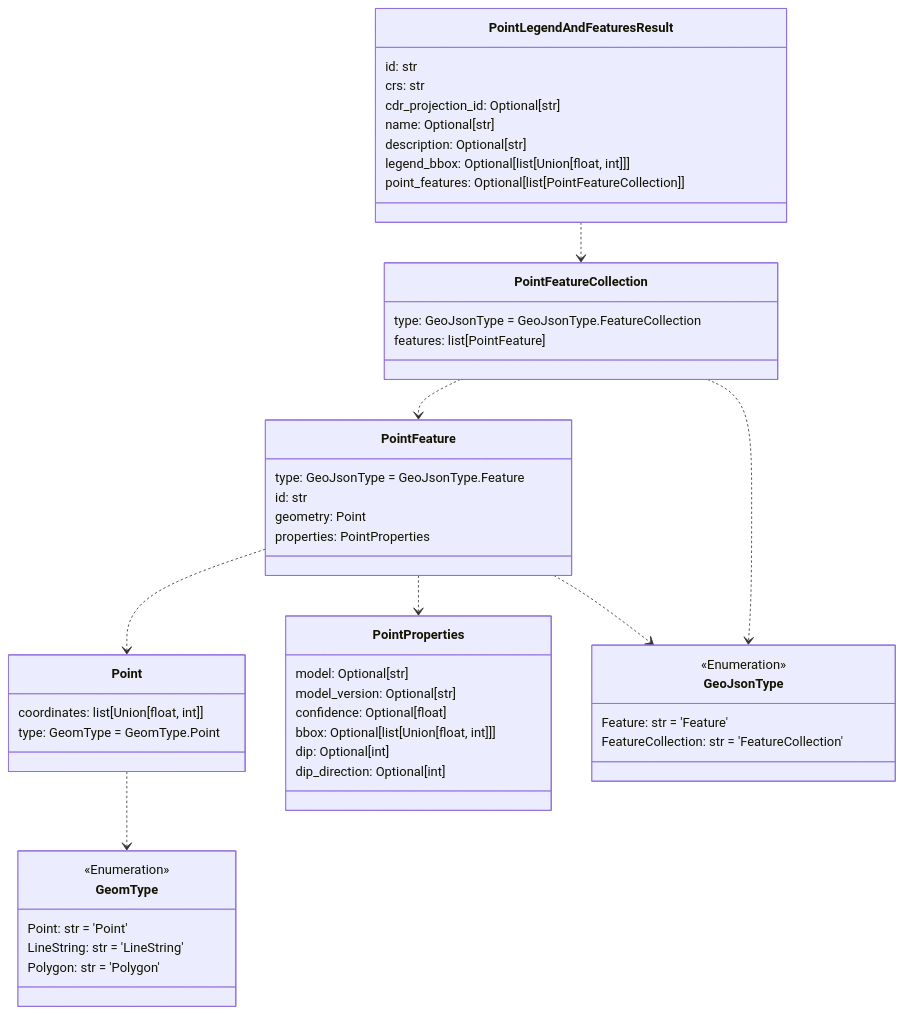
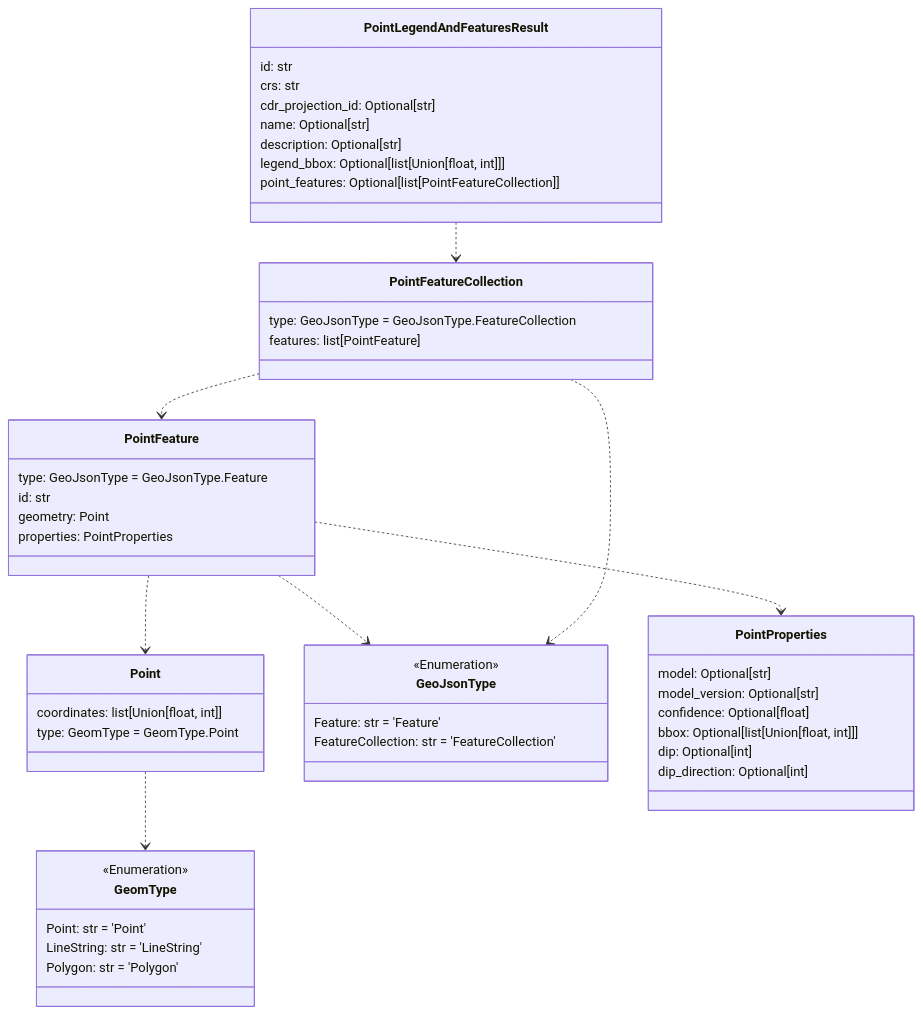
Before and after one commit to DARPA-CRITICALMAAS/cdr_schemas: the fifth of 12 diagrams in README.md, drawn with Mermaid. The commit also changed other lines of this file and 7 other files, not shown here.

````diff
--- a/README.md
+++ b/README.md
@@ -278,62 +325,62 @@
 ```mermaid
 classDiagram
 
-    class Point {
-        coordinates: list[Union[float, int]]
-        type: GeomType = GeomType.Point
+    class PointFeatureCollection {
+        type: GeoJsonType = GeoJsonType.FeatureCollection
+        features: list[PointFeature]
     }
 
     class PointLegendAndFeaturesResult {
         id: str
         crs: str
         cdr_projection_id: Optional[str]
         name: Optional[str]
         description: Optional[str]
         legend_bbox: Optional[list[Union[float, int]]]
         point_features: Optional[list[PointFeatureCollection]]
     }
 
-    class GeomType {
+    class Point {
+        coordinates: list[Union[float, int]]
+        type: GeomType = GeomType.Point
+    }
+
+    class GeoJsonType {
         <<Enumeration>>
-        Point: str = 'Point'
-        LineString: str = 'LineString'
-        Polygon: str = 'Polygon'
+        Feature: str = 'Feature'
+        FeatureCollection: str = 'FeatureCollection'
+    }
+
+    class PointFeature {
+        type: GeoJsonType = GeoJsonType.Feature
+        id: str
+        geometry: Point
+        properties: PointProperties
     }
 
     class PointProperties {
         model: Optional[str]
         model_version: Optional[str]
         confidence: Optional[float]
         bbox: Optional[list[Union[float, int]]]
         dip: Optional[int]
         dip_direction: Optional[int]
     }
 
-    class PointFeature {
-        type: GeoJsonType = GeoJsonType.Feature
-        id: str
-        geometry: Point
-        properties: PointProperties
-    }
-
-    class PointFeatureCollection {
-        type: GeoJsonType = GeoJsonType.FeatureCollection
-        features: list[PointFeature]
-    }
-
-    class GeoJsonType {
+    class GeomType {
         <<Enumeration>>
-        Feature: str = 'Feature'
-        FeatureCollection: str = 'FeatureCollection'
+        Point: str = 'Point'
+        LineString: str = 'LineString'
+        Polygon: str = 'Polygon'
     }
 
     Point ..> GeomType
+    PointFeature ..> PointProperties
     PointFeature ..> Point
-    PointFeature ..> PointProperties
     PointFeature ..> GeoJsonType
+    PointFeatureCollection ..> GeoJsonType
     PointFeatureCollection ..> PointFeature
-    PointFeatureCollection ..> GeoJsonType
     PointLegendAndFeaturesResult ..> PointFeatureCollection
 
 
 ```
````
